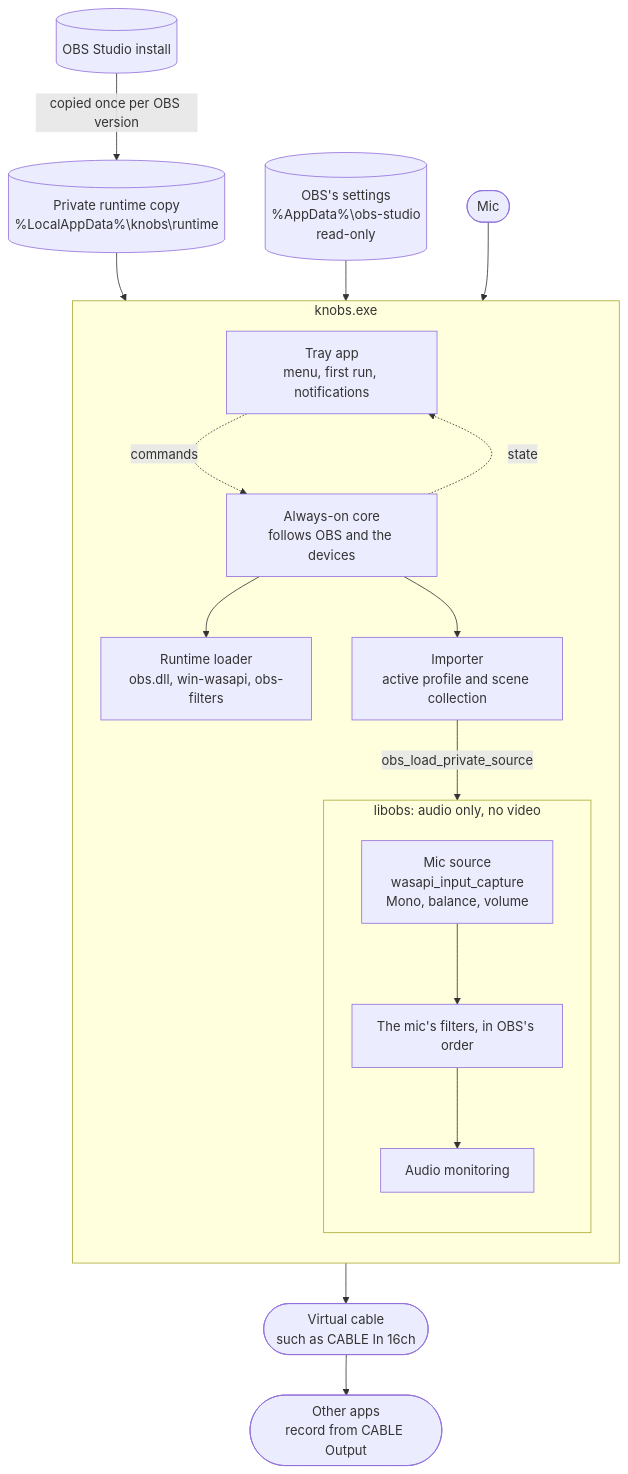
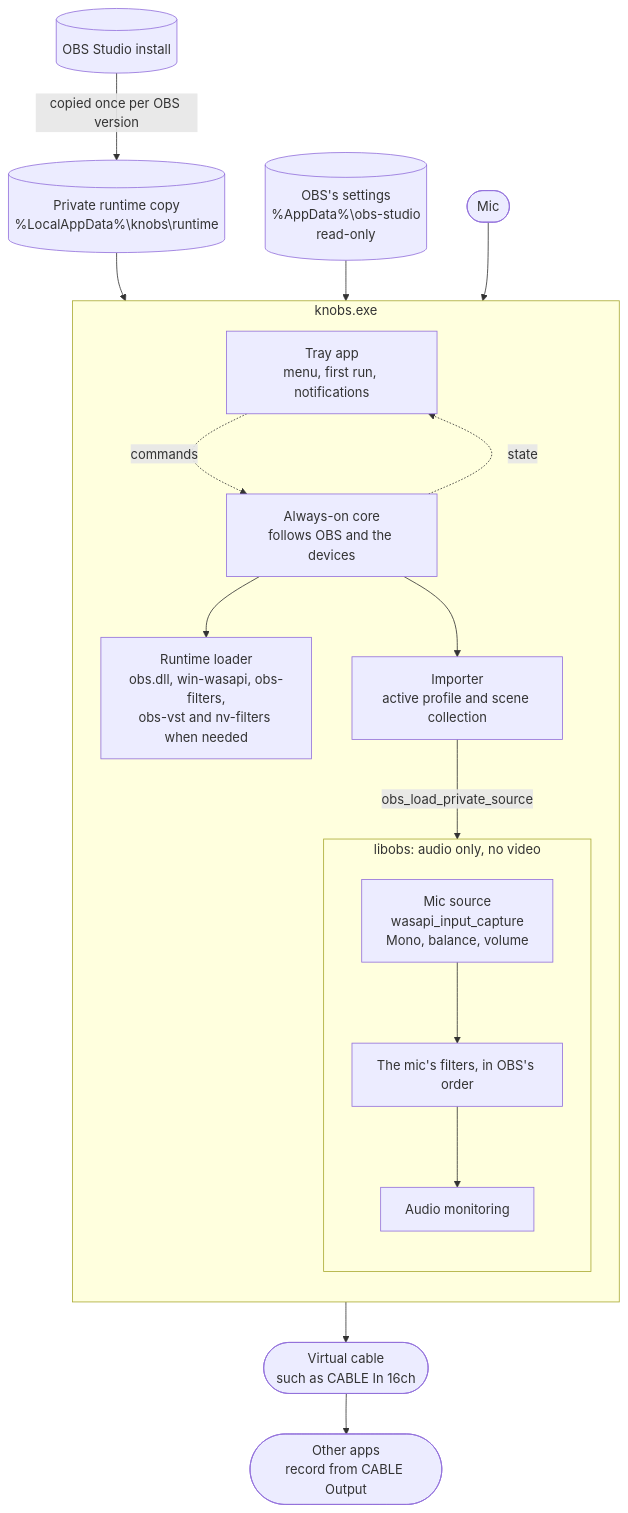
One commit to danielalyoshin/knobs changed the first of 2 diagrams in docs/design.md. Above: the diagram before and after it, drawn with Mermaid. The commit also changed other lines of this file and 3 other files, not shown here.

First line of the commit message:
docs: describe VST filters and NVIDIA's noise removal

````diff
--- a/docs/design.md
+++ b/docs/design.md
@@ -24,31 +24,31 @@
 ```mermaid
 flowchart TB
   install[("OBS Studio install")] -- "copied once per OBS version" --> copy[("Private runtime copy<br>%LocalAppData%\knobs\runtime")]
   obsconfig[("OBS's settings<br>%AppData%\obs-studio<br>read-only")]
 
   subgraph app["knobs.exe"]
     direction TB
     tray["Tray app<br>menu, first run, notifications"]
     core["Always-on core<br>follows OBS and the devices"]
-    loader["Runtime loader<br>obs.dll, win-wasapi, obs-filters"]
+    loader["Runtime loader<br>obs.dll, win-wasapi, obs-filters,<br>obs-vst and nv-filters when needed"]
     importer["Importer<br>active profile and scene collection"]
     subgraph libobs["libobs: audio only, no video"]
       direction TB
       source["Mic source<br>wasapi_input_capture<br>Mono, balance, volume"]
       filters["The mic's filters, in OBS's order"]
       monitor["Audio monitoring"]
       source --> filters --> monitor
     end
   end
 
   tray -. "commands" .-> core
   core -. "state" .-> tray
   core --> loader
   core --> importer
   copy --> loader
   obsconfig --> importer
   importer -- "obs_load_private_source" --> source
   mic(["Mic"]) --> source
   monitor --> cable(["Virtual cable<br>such as CABLE In 16ch"])
   cable --> apps(["Other apps<br>record from CABLE Output"])
 ```
````
